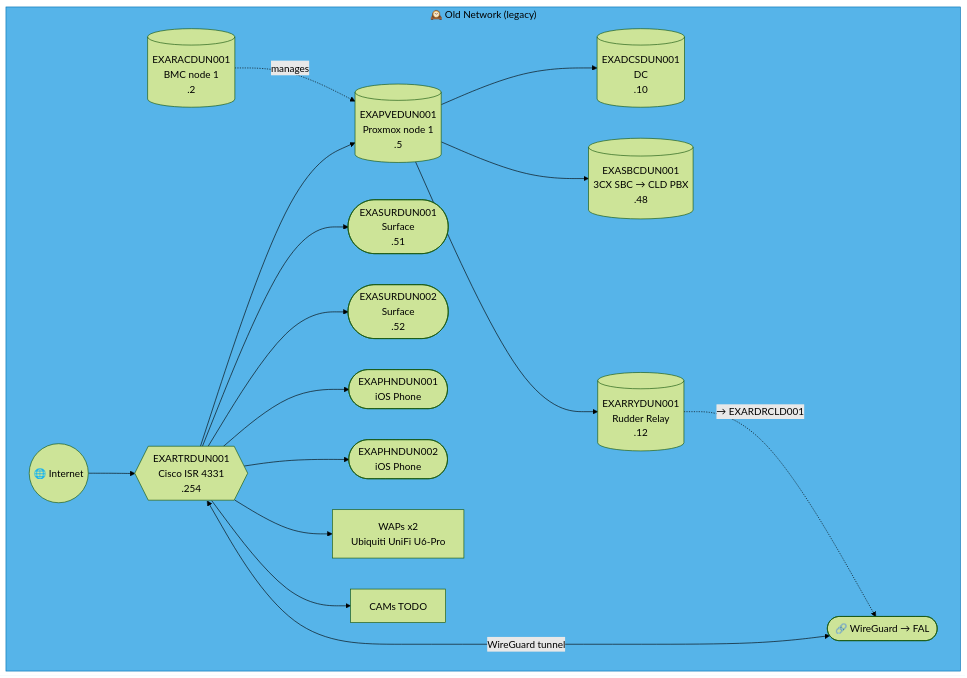
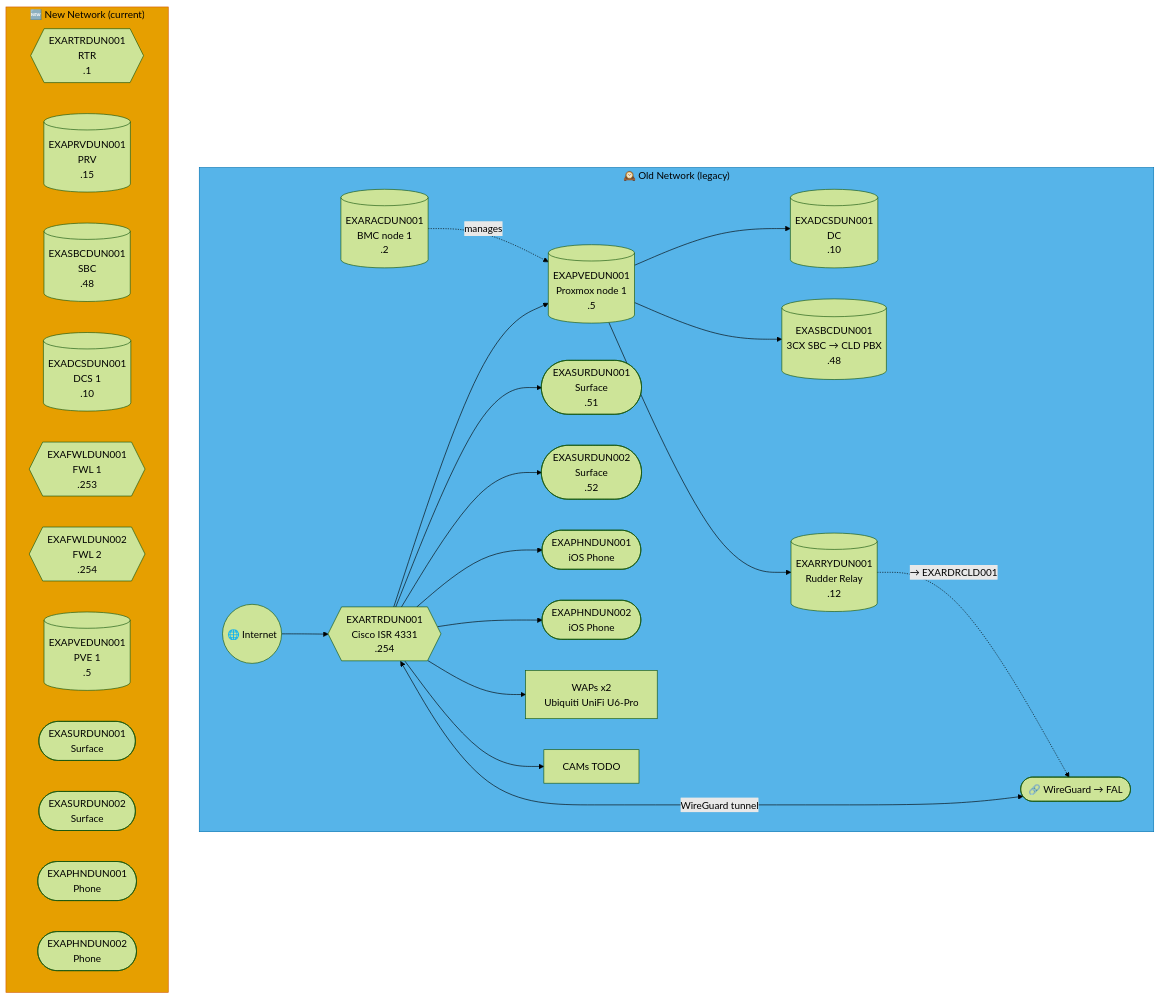
One commit to knightmare2600/example_music_infra changed the sixth of 51 diagrams in docs/network-diagram.md. Above: the diagram before and after it, drawn with Mermaid (forest theme). The commit also changed other lines of this file and 1 other file, not shown here.

````diff
--- a/docs/network-diagram.md
+++ b/docs/network-diagram.md
@@ -392,29 +526,45 @@
 ```mermaid
 graph TD
     subgraph OLD_DUN ["🕰️ Old Network (legacy)"]
       INET(("🌐 Internet"))
       RTR{{"EXARTRDUN001<br/>Cisco ISR 4331<br/>.254"}}
       RAC[("EXARACDUN001<br/>BMC node 1<br/>.2")]
       PVE[("EXAPVEDUN001<br/>Proxmox node 1<br/>.5")]
       DC[("EXADCSDUN001<br/>DC<br/>.10")]
       SBC[("EXASBCDUN001<br/>3CX SBC → CLD PBX<br/>.48")]
       RRY[("EXARRYDUN001<br/>Rudder Relay<br/>.12")]
       SUR1(["EXASURDUN001<br/>Surface<br/>.51"])
       SUR2(["EXASURDUN002<br/>Surface<br/>.52"])
       PHN1(["EXAPHNDUN001<br/>iOS Phone"])
       PHN2(["EXAPHNDUN002<br/>iOS Phone"])
       WAP["WAPs x2<br/>Ubiquiti UniFi U6-Pro"]
       CAM["CAMs TODO"]
       VPN(["🔗 WireGuard → FAL"])
 
       INET --> RTR --> PVE
       PVE --> DC & SBC
       RAC -.->|"manages"| PVE
       RTR --> SUR1 & SUR2 & PHN1 & PHN2 & WAP & CAM
       RTR <-->|"WireGuard tunnel"| VPN
 
       PVE --> RRY
       RRY -. "→ EXARDRCLD001" .-> VPN
     end
     style OLD_DUN fill:#56B4E9,stroke:#0072B2,color:#000000
+    %% GENERATED:NEW-NETWORK:DUN:START
+    subgraph NEW_DUN ["🆕 New Network (current)"]
+      N_RTR{{"EXARTRDUN001<br/>RTR<br/>.1"}}
+      N_PRV[("EXAPRVDUN001<br/>PRV<br/>.15")]
+      N_SBC[("EXASBCDUN001<br/>SBC<br/>.48")]
+      N_DCS[("EXADCSDUN001<br/>DCS 1<br/>.10")]
+      N_FWL{{"EXAFWLDUN001<br/>FWL 1<br/>.253"}}
+      N_FWL2{{"EXAFWLDUN002<br/>FWL 2<br/>.254"}}
+      N_PVE[("EXAPVEDUN001<br/>PVE 1<br/>.5")]
+      N_SUR(["EXASURDUN001<br/>Surface"])
+      N_SUR2(["EXASURDUN002<br/>Surface"])
+      N_PHN(["EXAPHNDUN001<br/>Phone"])
+      N_PHN2(["EXAPHNDUN002<br/>Phone"])
+    end
+    style NEW_DUN fill:#E69F00,stroke:#D55E00,color:#000000
+    %% GENERATED:NEW-NETWORK:DUN:END
 ```
````
